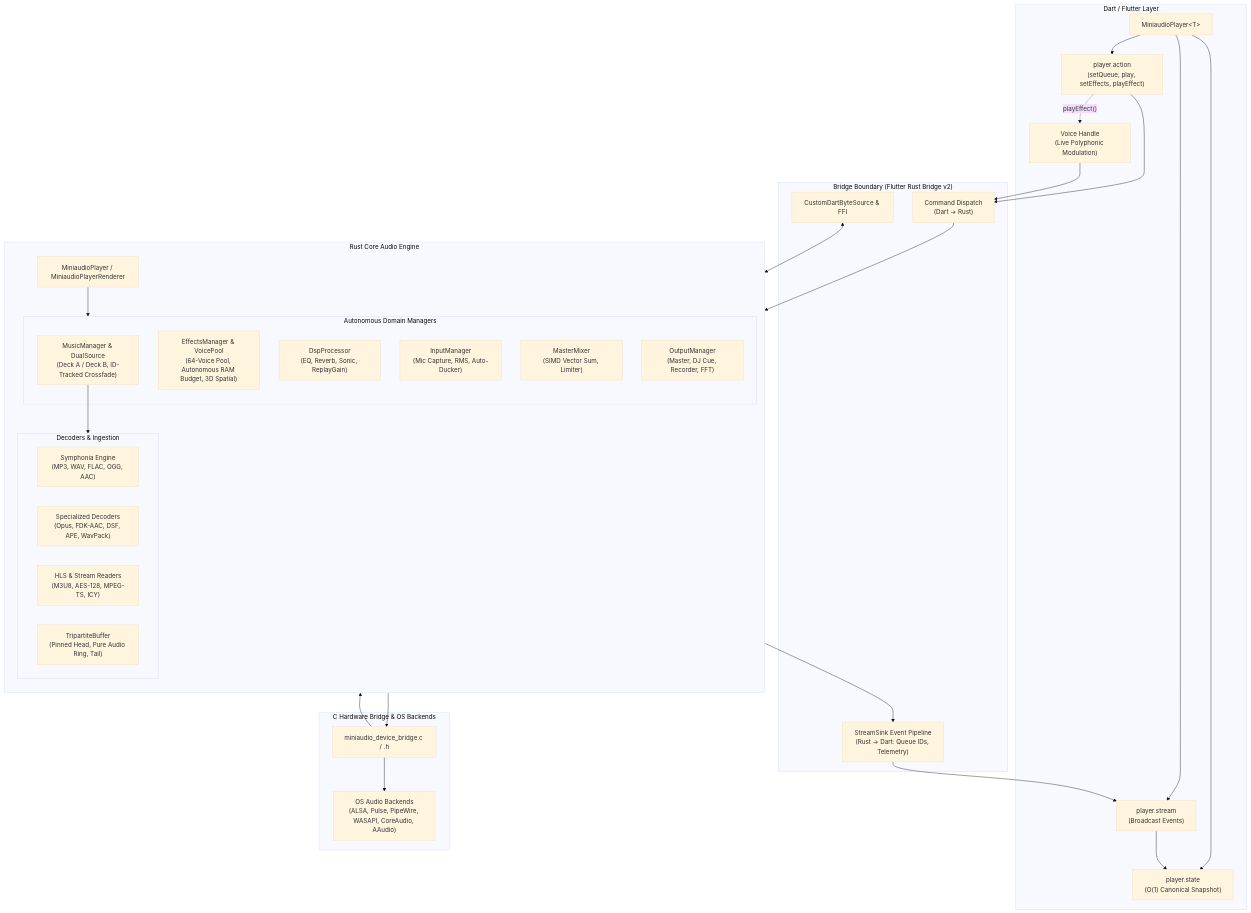
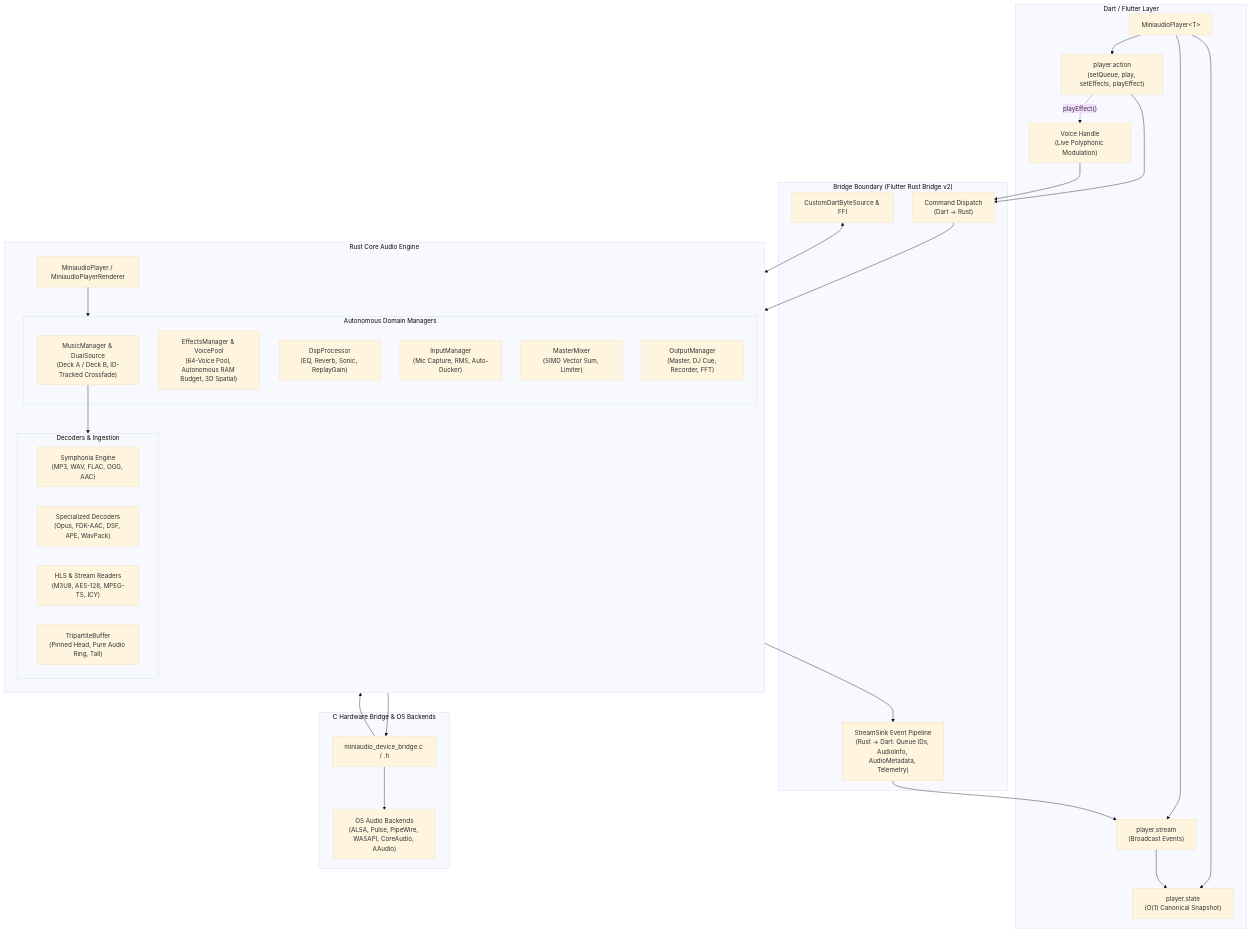
The first of 2 diagrams in docs/ARCHITECTURE.md (chomusuke-mk/miniaudio_player), drawn with Mermaid (base theme) before and after one commit. The commit also changed other lines of this file and 25 other files, not shown here.

````diff
--- a/docs/ARCHITECTURE.md
+++ b/docs/ARCHITECTURE.md
@@ -23,60 +23,60 @@
 ```mermaid
 flowchart TB
     subgraph Dart["Dart / Flutter Layer"]
         Player["MiniaudioPlayer&lt;T&gt;"]
         Action["player.action\n(setQueue, play, setEffects, playEffect)"]
         State["player.state\n(O(1) Canonical Snapshot)"]
         Stream["player.stream\n(Broadcast Events)"]
         VoiceHandle["Voice Handle\n(Live Polyphonic Modulation)"]
         Player --> Action
         Player --> State
         Player --> Stream
         Action -.->|"playEffect()"| VoiceHandle
     end
 
     subgraph FRB["Bridge Boundary (Flutter Rust Bridge v2)"]
         CommandChannel["Command Dispatch\n(Dart -> Rust)"]
-        EventChannel["StreamSink Event Pipeline\n(Rust -> Dart: Queue IDs, Telemetry)"]
+        EventChannel["StreamSink Event Pipeline\n(Rust -> Dart: Queue IDs, AudioInfo, AudioMetadata, Telemetry)"]
         RawByteBridge["CustomDartByteSource & FFI"]
     end
 
     subgraph RustCore["Rust Core Audio Engine"]
         direction TB
         Orchestrator["MiniaudioPlayer / MiniaudioPlayerRenderer"]
         
         subgraph Domains["Autonomous Domain Managers"]
             MM["MusicManager & DualSource\n(Deck A / Deck B, ID-Tracked Crossfade)"]
             EM["EffectsManager & VoicePool\n(64-Voice Pool, Autonomous RAM Budget, 3D Spatial)"]
             DSP["DspProcessor\n(EQ, Reverb, Sonic, ReplayGain)"]
             IM["InputManager\n(Mic Capture, RMS, Auto-Ducker)"]
             MIX["MasterMixer\n(SIMD Vector Sum, Limiter)"]
             OM["OutputManager\n(Master, DJ Cue, Recorder, FFT)"]
         end
 
         subgraph Decoders["Decoders & Ingestion"]
             Symphonia["Symphonia Engine\n(MP3, WAV, FLAC, OGG, AAC)"]
             CustomCodecs["Specialized Decoders\n(Opus, FDK-AAC, DSF, APE, WavPack)"]
             StreamingHLS["HLS & Stream Readers\n(M3U8, AES-128, MPEG-TS, ICY)"]
             Tripartite["TripartiteBuffer\n(Pinned Head, Pure Audio Ring, Tail)"]
         end
 
         Orchestrator --> Domains
         MM --> Decoders
     end
 
     subgraph Native["C Hardware Bridge & OS Backends"]
         CBridge["miniaudio_device_bridge.c / .h"]
         OSAudio["OS Audio Backends\n(ALSA, Pulse, PipeWire, WASAPI, CoreAudio, AAudio)"]
         CBridge --> OSAudio
     end
 
     Action --> CommandChannel
     VoiceHandle --> CommandChannel
     CommandChannel --> Orchestrator
     Orchestrator --> EventChannel
     EventChannel --> Stream
     Stream --> State
     RawByteBridge <--> Decoders
     OM --> CBridge
     CBridge --> IM
 ```
````
